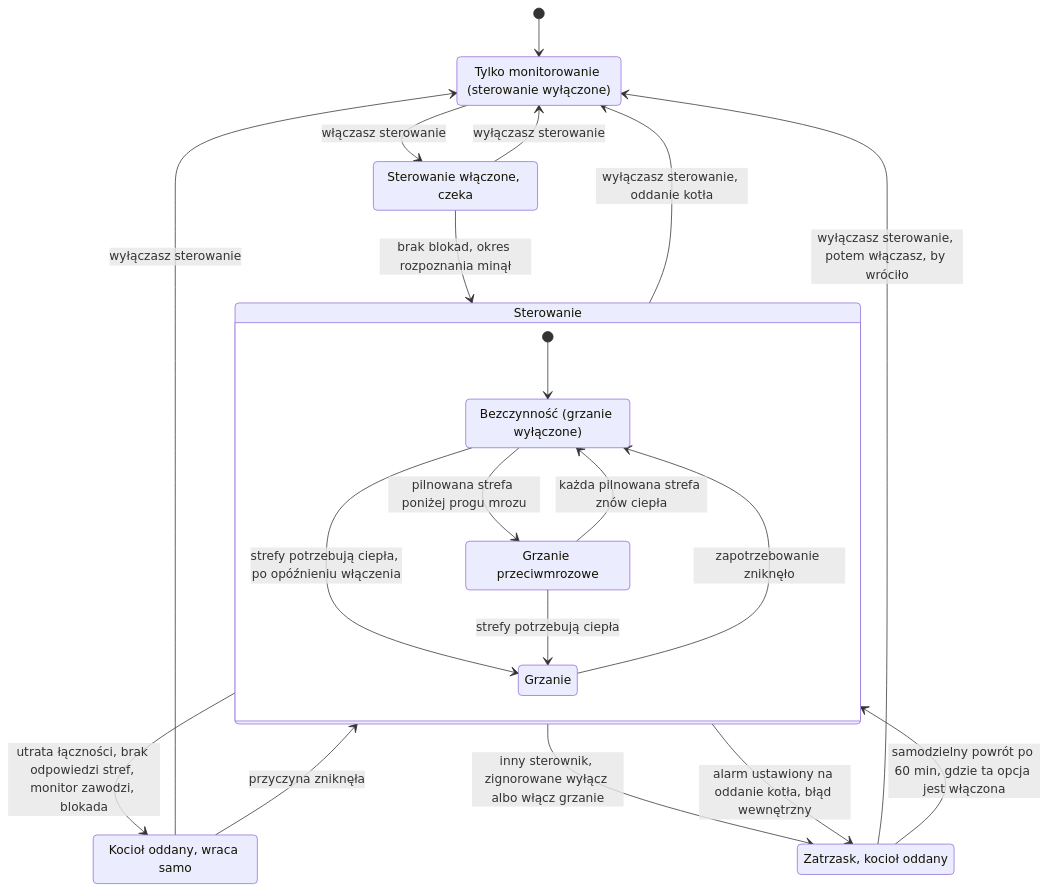
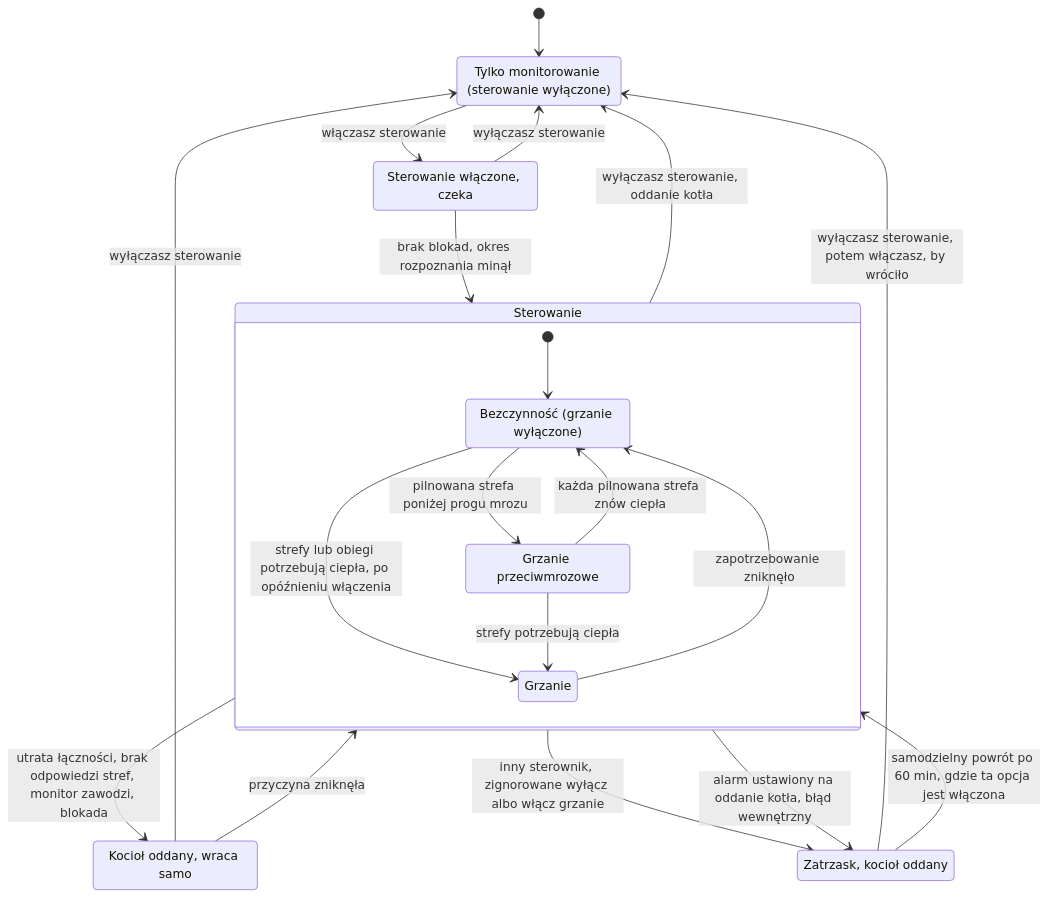
Before and after one commit to Shadow-230/vtherm-smart-boiler: the diagram in documentation/pl/user-guide.md, drawn with Mermaid. The commit also changed other lines of this file and 24 other files, not shown here.

````diff
--- a/documentation/pl/user-guide.md
+++ b/documentation/pl/user-guide.md
@@ -1016,34 +1037,34 @@
 ```mermaid
 stateDiagram-v2
     state "Tylko monitorowanie (sterowanie wyłączone)" as Monitoring
     state "Sterowanie włączone, czeka" as Waiting
     state "Kocioł oddany, wraca samo" as HandedBack
     state "Zatrzask, kocioł oddany" as Latched
     state "Sterowanie" as Controlling
 
     [*] --> Monitoring
     Monitoring --> Waiting: włączasz sterowanie
     Waiting --> Controlling: brak blokad, okres rozpoznania minął
 
     state Controlling {
         state "Bezczynność (grzanie wyłączone)" as Idle
         state "Grzanie" as Heating
         state "Grzanie przeciwmrozowe" as Frost
         [*] --> Idle
-        Idle --> Heating: strefy potrzebują ciepła, po opóźnieniu włączenia
+        Idle --> Heating: strefy lub obiegi potrzebują ciepła, po opóźnieniu włączenia
         Heating --> Idle: zapotrzebowanie zniknęło
         Idle --> Frost: pilnowana strefa poniżej progu mrozu
         Frost --> Idle: każda pilnowana strefa znów ciepła
         Frost --> Heating: strefy potrzebują ciepła
     }
 
     Controlling --> HandedBack: utrata łączności, brak odpowiedzi stref, monitor zawodzi, blokada
     HandedBack --> Controlling: przyczyna zniknęła
     Controlling --> Latched: inny sterownik, zignorowane wyłącz albo włącz grzanie
     Controlling --> Latched: alarm ustawiony na oddanie kotła, błąd wewnętrzny
     Latched --> Controlling: samodzielny powrót po 60 min, gdzie ta opcja jest włączona
     Controlling --> Monitoring: wyłączasz sterowanie, oddanie kotła
     HandedBack --> Monitoring: wyłączasz sterowanie
     Latched --> Monitoring: wyłączasz sterowanie, potem włączasz, by wróciło
     Waiting --> Monitoring: wyłączasz sterowanie
 ```
````
